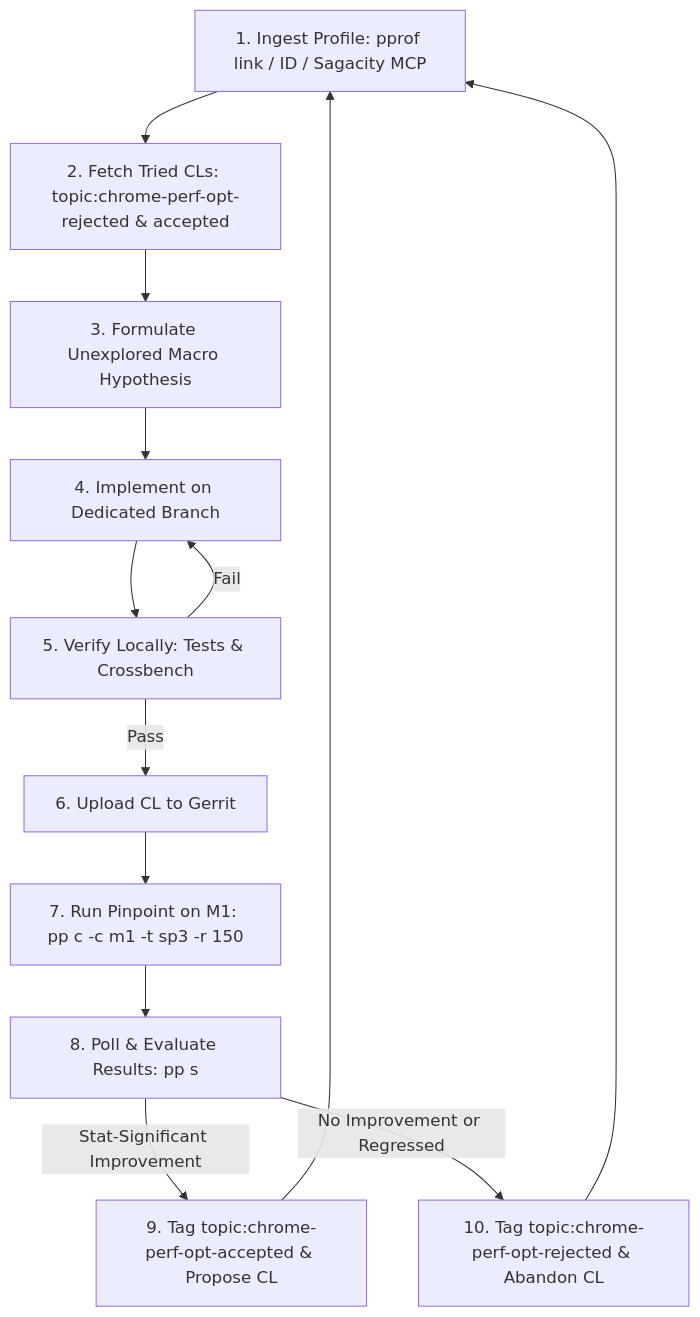
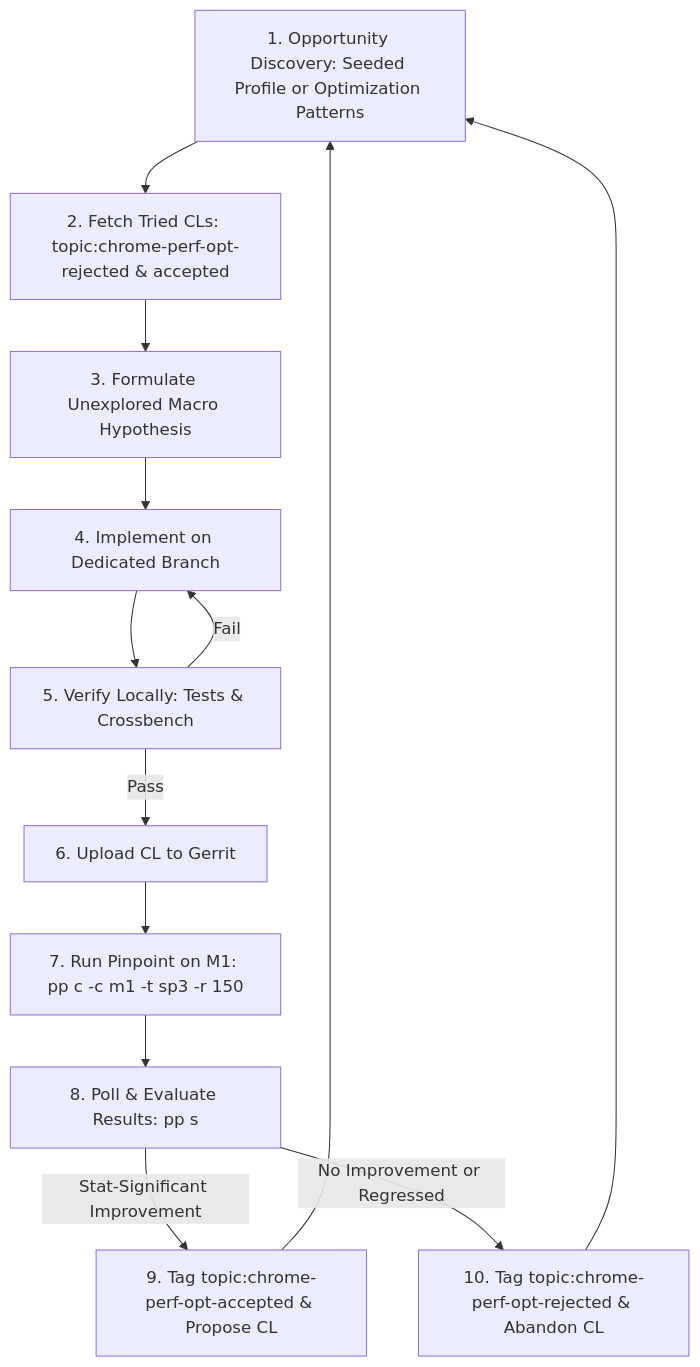
Before and after one commit to benji-cannot-code/fast-vc-chromium-benchmark-run-4: the diagram in agents/skills/chrome-performance-optimizer/SKILL.md, drawn with Mermaid. The commit also changed other lines of this file, not shown here.

First line of the commit message:
[skills] Support profile-seeded and pattern-driven modes in chrome-performance-optimizer

````diff
--- a/agents/skills/chrome-performance-optimizer/SKILL.md
+++ b/agents/skills/chrome-performance-optimizer/SKILL.md
@@ -25,15 +35,15 @@
 ```mermaid
 graph TD
-    A[1. Ingest Profile: pprof link / ID / Sagacity MCP] --> B[2. Fetch Tried CLs: topic:chrome-perf-opt-rejected & accepted]
+    A[1. Opportunity Discovery: Seeded Profile or Optimization Patterns] --> B[2. Fetch Tried CLs: topic:chrome-perf-opt-rejected & accepted]
     B --> C[3. Formulate Unexplored Macro Hypothesis]
     C --> D[4. Implement on Dedicated Branch]
     D --> E[5. Verify Locally: Tests & Crossbench]
     E -->|Fail| D
     E -->|Pass| F[6. Upload CL to Gerrit]
     F --> G[7. Run Pinpoint on M1: pp c -c m1 -t sp3 -r 150]
     G --> H[8. Poll & Evaluate Results: pp s]
     H -->|Stat-Significant Improvement| I[9. Tag topic:chrome-perf-opt-accepted & Propose CL]
     H -->|No Improvement or Regressed| J[10. Tag topic:chrome-perf-opt-rejected & Abandon CL]
     I --> A
     J --> A
 ```
````
